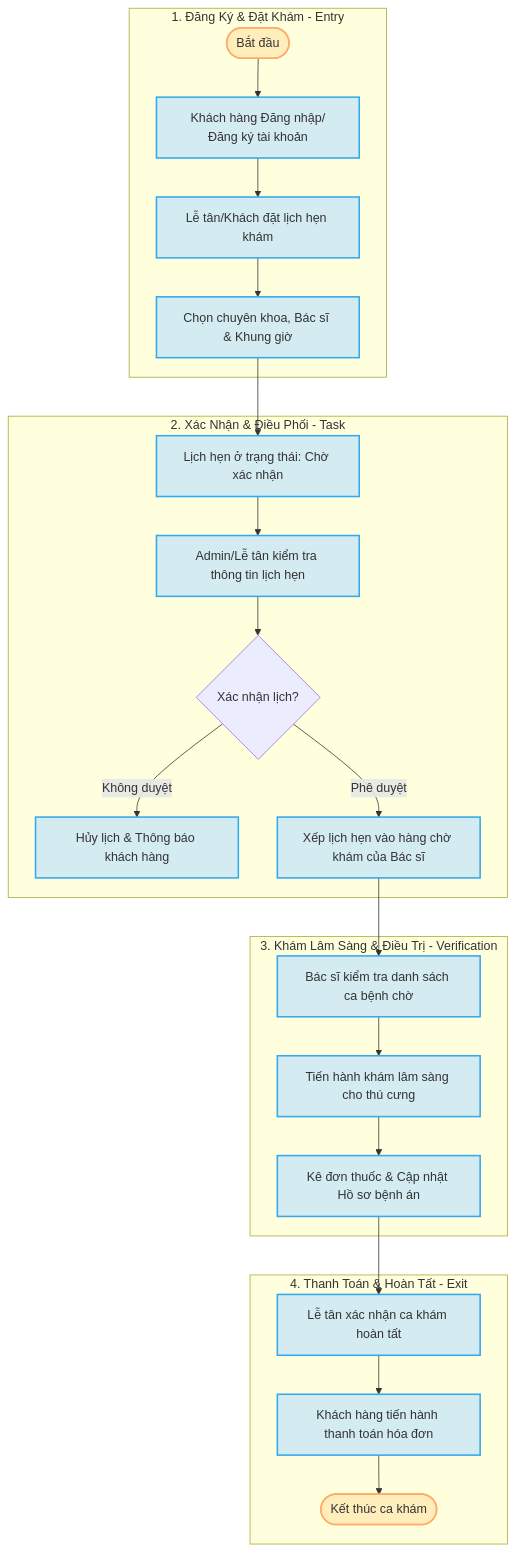
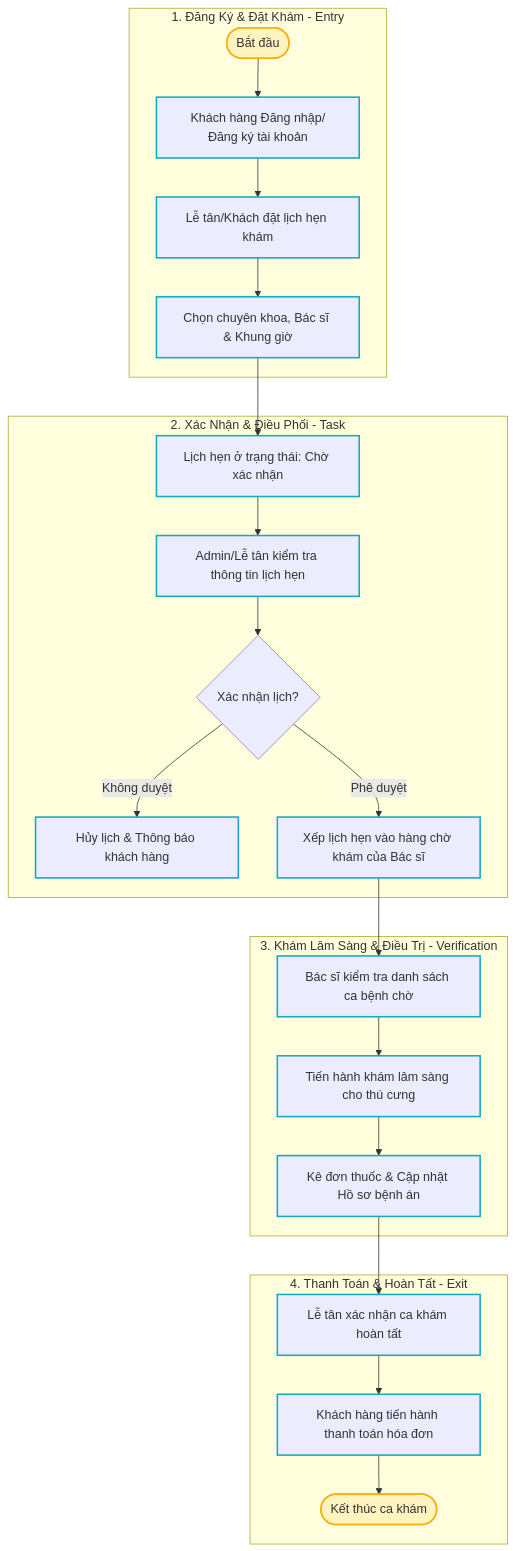
The diagram in README.md (trananhtai2204205-beep/PetCare), drawn with Mermaid before and after one commit. The commit also changed other lines of this file, not shown here.

````diff
--- a/README.md
+++ b/README.md
@@ -17,37 +20,37 @@
 ```mermaid
 flowchart TD
     %% Định nghĩa phong cách
-    classDef process fill:#d4ebf2,stroke:#33aaee,stroke-width:2px;
-    classDef actor fill:#f9f9f9,stroke:#333,stroke-dasharray: 5 5;
-    classDef start_end fill:#ffeebb,stroke:#ffaa66,stroke-width:2px;
+    classDef process fill:#e3faffc,stroke:#15aabf,stroke-width:2px;
+    classDef actor fill:#f8f9fa,stroke:#495057,stroke-dasharray: 5 5;
+    classDef start_end fill:#fff3bf,stroke:#fab005,stroke-width:2px;
 
     subgraph Entry [1. Đăng Ký & Đặt Khám - Entry]
         A([Bắt đầu]) --> B[Khách hàng Đăng nhập/Đăng ký tài khoản]
         B --> C[Lễ tân/Khách đặt lịch hẹn khám]
         C --> D[Chọn chuyên khoa, Bác sĩ & Khung giờ]
     end
 
     subgraph Task [2. Xác Nhận & Điều Phối - Task]
         D --> E[Lịch hẹn ở trạng thái: Chờ xác nhận]
         E --> F[Admin/Lễ tân kiểm tra thông tin lịch hẹn]
         F --> G{Xác nhận lịch?}
         G -- Không duyệt --> H[Hủy lịch & Thông báo khách hàng]
         G -- Phê duyệt --> I[Xếp lịch hẹn vào hàng chờ khám của Bác sĩ]
     end
 
     subgraph Verification [3. Khám Lâm Sàng & Điều Trị - Verification]
         I --> J[Bác sĩ kiểm tra danh sách ca bệnh chờ]
         J --> K[Tiến hành khám lâm sàng cho thú cưng]
         K --> L[Kê đơn thuốc & Cập nhật Hồ sơ bệnh án]
     end
 
     subgraph Exit [4. Thanh Toán & Hoàn Tất - Exit]
         L --> M[Lễ tân xác nhận ca khám hoàn tất]
         M --> N[Khách hàng tiến hành thanh toán hóa đơn]
         N --> O([Kết thúc ca khám])
     end
 
     %% Áp dụng Class
     class A,O start_end;
     class B,C,D,E,F,H,I,J,K,L,M,N process;
 ```
````
